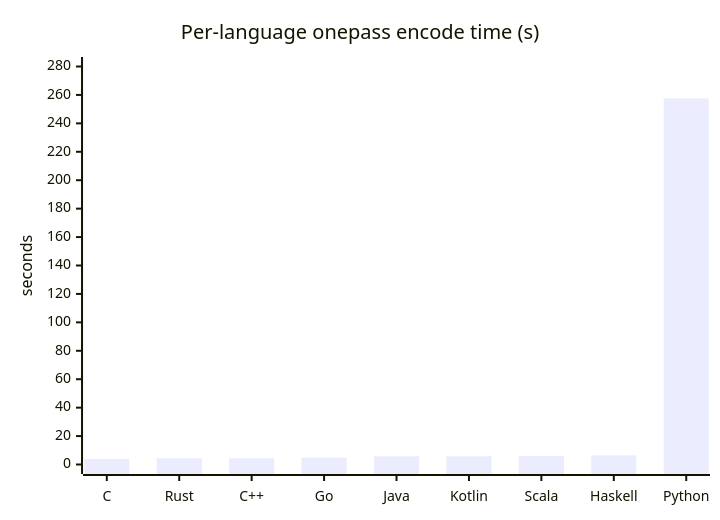
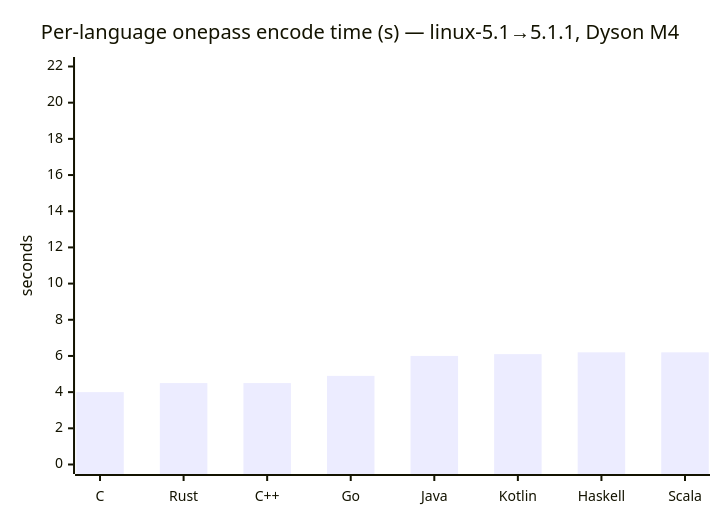
One commit to darrelllong/Delta-Compression changed the first of 12 diagrams in ANALYSIS.md. Above: the diagram before and after it, drawn with Mermaid. The commit also changed other lines of this file, not shown here.

First line of the commit message:
analysis: refresh all benchmark tables and charts (2026-03-05)

````diff
--- a/ANALYSIS.md
+++ b/ANALYSIS.md
@@ -314,7 +304,7 @@
 ```mermaid
 xychart-beta
-    title "Per-language onepass encode time (s)"
-    x-axis ["C", "Rust", "C++", "Go", "Java", "Kotlin", "Scala", "Haskell", "Python"]
-    y-axis "seconds" 0 --> 280
-    bar [3.9, 4.4, 4.4, 4.8, 5.8, 5.8, 6.0, 6.477, 257.5]
+    title "Per-language onepass encode time (s) — linux-5.1→5.1.1, Dyson M4"
+    x-axis ["C", "Rust", "C++", "Go", "Java", "Kotlin", "Haskell", "Scala"]
+    y-axis "seconds" 0 --> 22
+    bar [4.0, 4.5, 4.5, 4.9, 6.0, 6.1, 6.2, 6.2]
 ```
````
